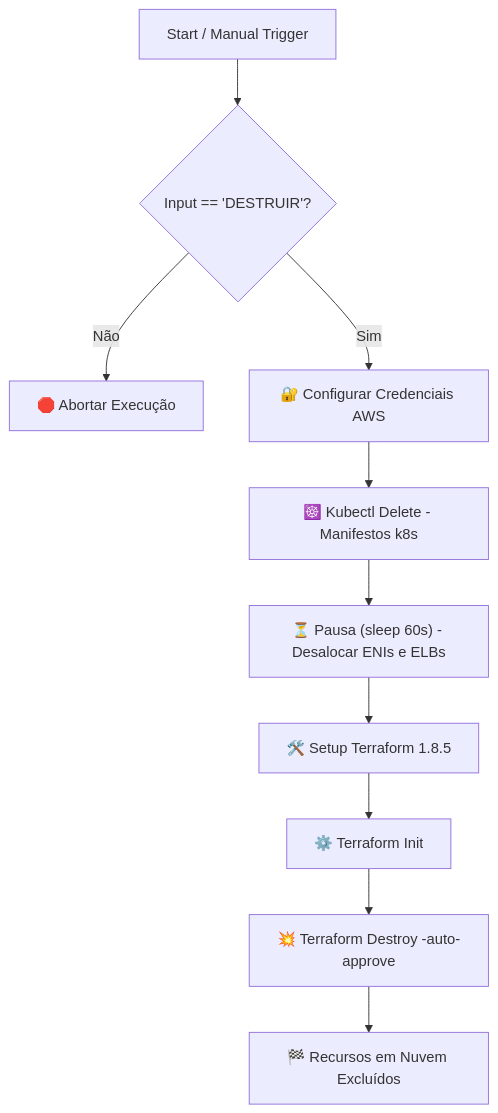
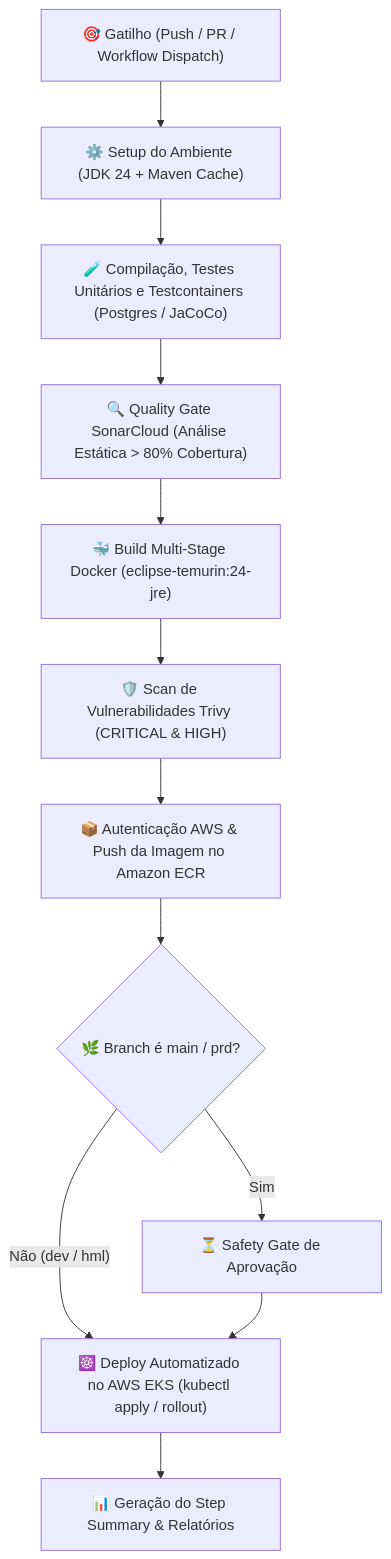
The second of 3 diagrams in README.md (tech-challenge-fiap-repairshop/tech-challenge-repairshop-app), drawn with Mermaid before and after one commit. The commit also changed other lines of this file, not shown here.

````diff
--- a/README.md
+++ b/README.md
@@ -381,12 +280,14 @@
 ```mermaid
-graph TD
-    A[Start / Manual Trigger] --> B{"Input == 'DESTRUIR'?"}
-    B -- Não --> C[🛑 Abortar Execução]
-    B -- Sim --> D[🔐 Configurar Credenciais AWS]
-    D --> E[☸️ Kubectl Delete - Manifestos k8s]
-    E --> F["⏳ Pausa (sleep 60s) - Desalocar ENIs e ELBs"]
-    F --> G[🛠️ Setup Terraform 1.8.5]
-    G --> H[⚙️ Terraform Init]
-    H --> I[💥 Terraform Destroy -auto-approve]
-    I --> J[🏁 Recursos em Nuvem Excluídos]
+flowchart TD
+    A["🎯 Gatilho (Push / PR / Workflow Dispatch)"] --> B["⚙️ Setup do Ambiente (JDK 24 + Maven Cache)"]
+    B --> C["🧪 Compilação, Testes Unitários e Testcontainers (Postgres / JaCoCo)"]
+    C --> D["🔍 Quality Gate SonarCloud (Análise Estática > 80% Cobertura)"]
+    D --> E["🐳 Build Multi-Stage Docker (eclipse-temurin:24-jre)"]
+    E --> F["🛡️ Scan de Vulnerabilidades Trivy (CRITICAL & HIGH)"]
+    F --> G["📦 Autenticação AWS & Push da Imagem no Amazon ECR"]
+    G --> H{"🌿 Branch é main / prd?"}
+    H -- "Sim" --> I["⏳ Safety Gate de Aprovação"]
+    H -- "Não (dev / hml)" --> J["☸️ Deploy Automatizado no AWS EKS (kubectl apply / rollout)"]
+    I --> J
+    J --> K["📊 Geração do Step Summary & Relatórios"]
 ```
````
